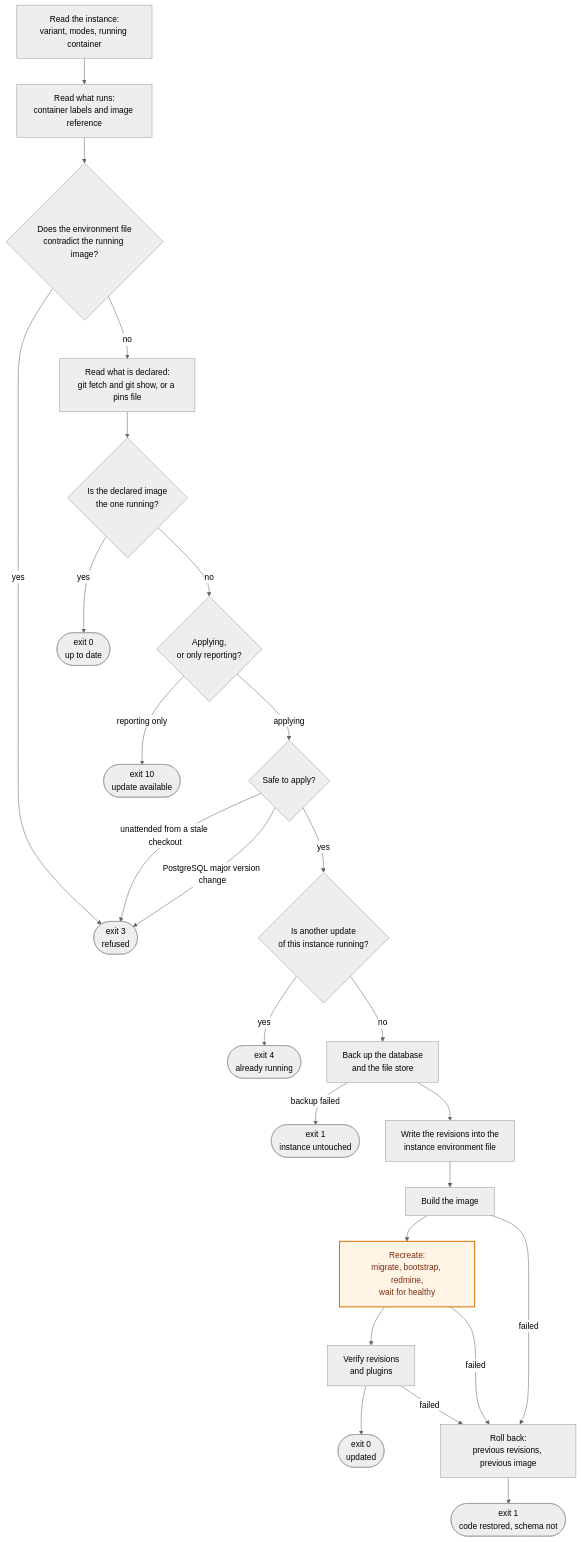
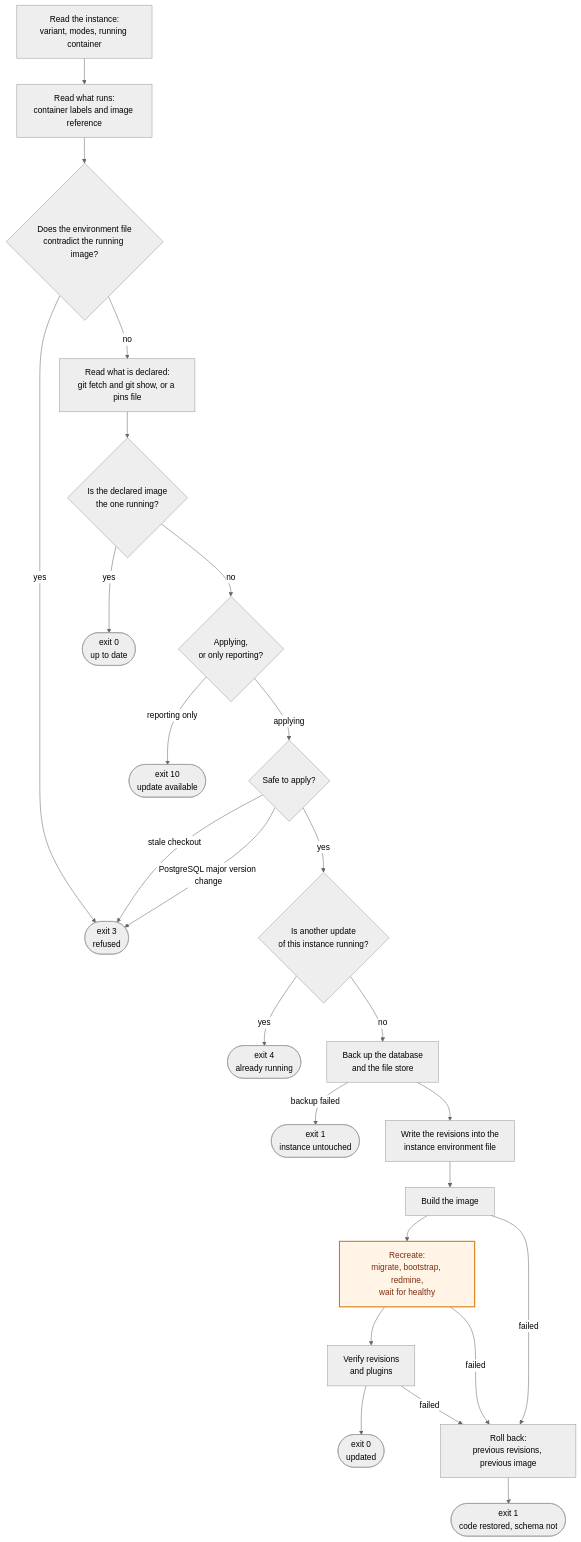
The first of 2 diagrams in docs/instance-updates.md (cosmoBots/cosmoSys_deploy), drawn with Mermaid (neutral theme) before and after one commit. The commit also changed other lines of this file and 3 other files, not shown here.

````diff
--- a/docs/instance-updates.md
+++ b/docs/instance-updates.md
@@ -13,30 +13,30 @@
 ```mermaid
 flowchart TD
     A["Read the instance:<br>variant, modes, running container"] --> B["Read what runs:<br>container labels and image reference"]
     B --> B2{"Does the environment file<br>contradict the running image?"}
     B2 -->|yes| REFUSED(["exit 3<br>refused"])
     B2 -->|no| C["Read what is declared:<br>git fetch and git show, or a pins file"]
     C --> D{"Is the declared image<br>the one running?"}
     D -->|yes| UPTODATE(["exit 0<br>up to date"])
     D -->|no| E{"Applying,<br>or only reporting?"}
     E -->|reporting only| AVAILABLE(["exit 10<br>update available"])
     E -->|applying| F{"Safe to apply?"}
-    F -->|unattended from a stale checkout| REFUSED
+    F -->|stale checkout| REFUSED
     F -->|PostgreSQL major version change| REFUSED
     F -->|yes| G{"Is another update<br>of this instance running?"}
     G -->|yes| LOCKED(["exit 4<br>already running"])
     G -->|no| H["Back up the database<br>and the file store"]
     H -->|backup failed| UNTOUCHED(["exit 1<br>instance untouched"])
     H --> I["Write the revisions into the<br>instance environment file"]
     I --> J["Build the image"]
     J --> K["Recreate:<br>migrate, bootstrap, redmine,<br>wait for healthy"]
     K --> L["Verify revisions<br>and plugins"]
     L --> DONE(["exit 0<br>updated"])
     J -->|failed| R["Roll back:<br>previous revisions, previous image"]
     K -->|failed| R
     L -->|failed| R
     R --> FAILED(["exit 1<br>code restored, schema not"])
 
     classDef irreversible fill:#fff4e5,stroke:#d97706,stroke-width:2px,color:#7c2d12
     class K irreversible
 ```
````
